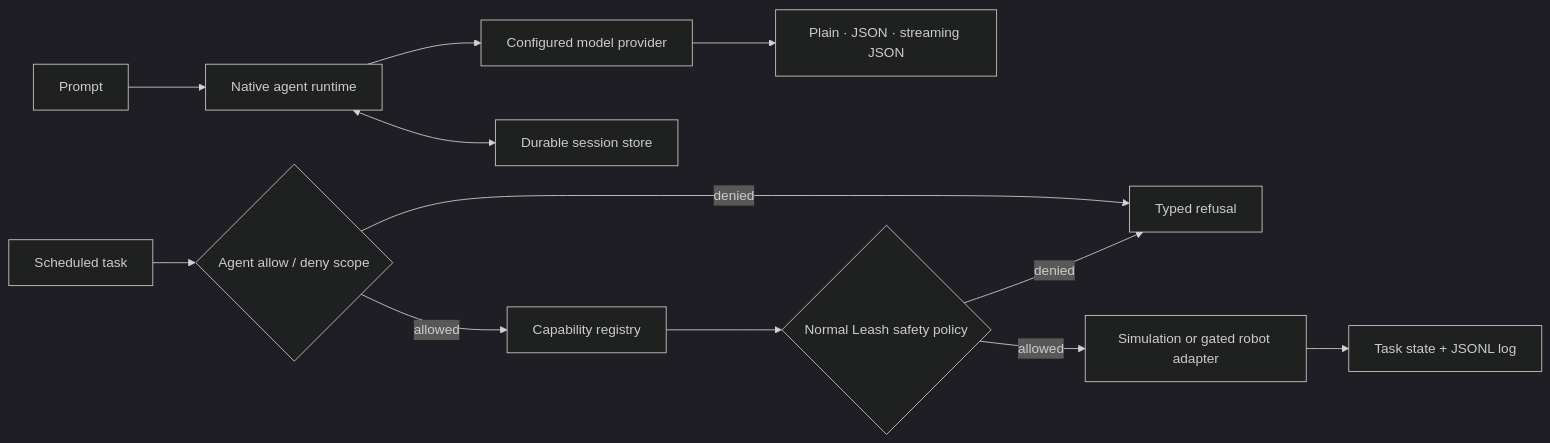
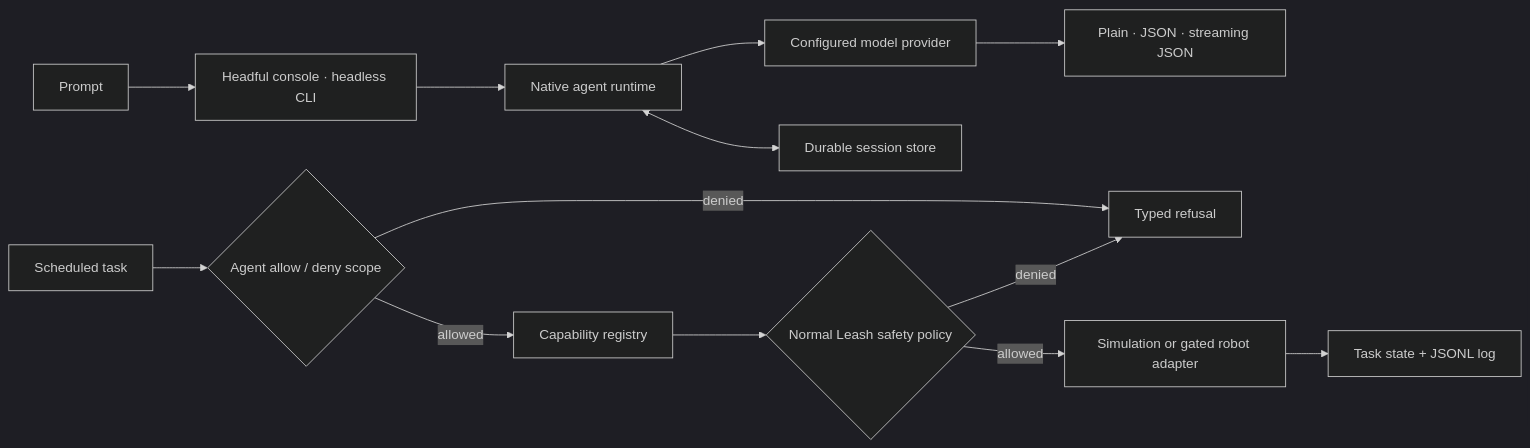
The second of 7 diagrams in README.md (specdog/leash), drawn with Mermaid (dark theme) before and after one commit. The commit also changed other lines of this file and 4 other files, not shown here.

Commit message:
Add headful agent console

````diff
--- a/README.md
+++ b/README.md
@@ -91,15 +91,16 @@
 ```mermaid
 flowchart LR
-  prompt["Prompt"] --> agentRuntime["Native agent runtime"]
+  prompt["Prompt"] --> surface["Headful console · headless CLI"]
+  surface --> agentRuntime["Native agent runtime"]
   agentRuntime --> model["Configured model provider"]
   agentRuntime <--> sessions["Durable session store"]
   model --> output["Plain · JSON · streaming JSON"]
 
   schedule["Scheduled task"] --> permissions{"Agent allow / deny scope"}
   permissions -- denied --> refusal["Typed refusal"]
   permissions -- allowed --> registry["Capability registry"]
   registry --> safety{"Normal Leash safety policy"}
   safety -- denied --> refusal
   safety -- allowed --> adapter["Simulation or gated robot adapter"]
   adapter --> taskLog["Task state + JSONL log"]
 ```
````
